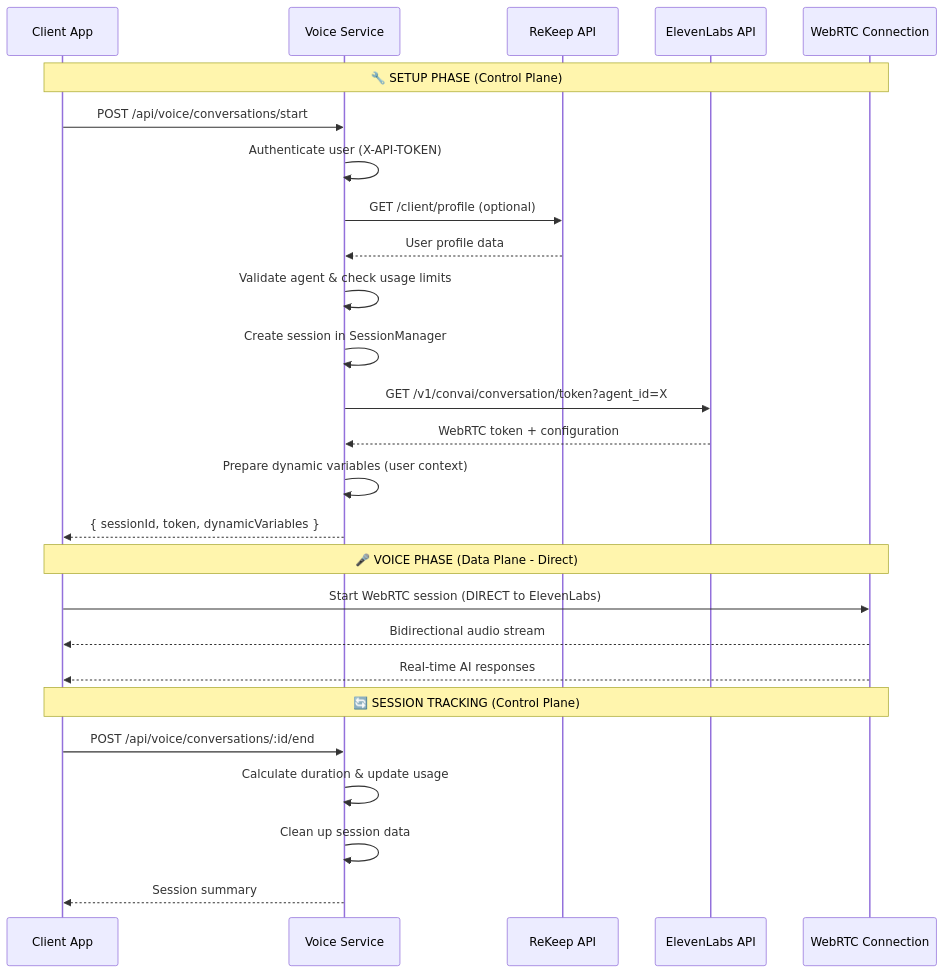
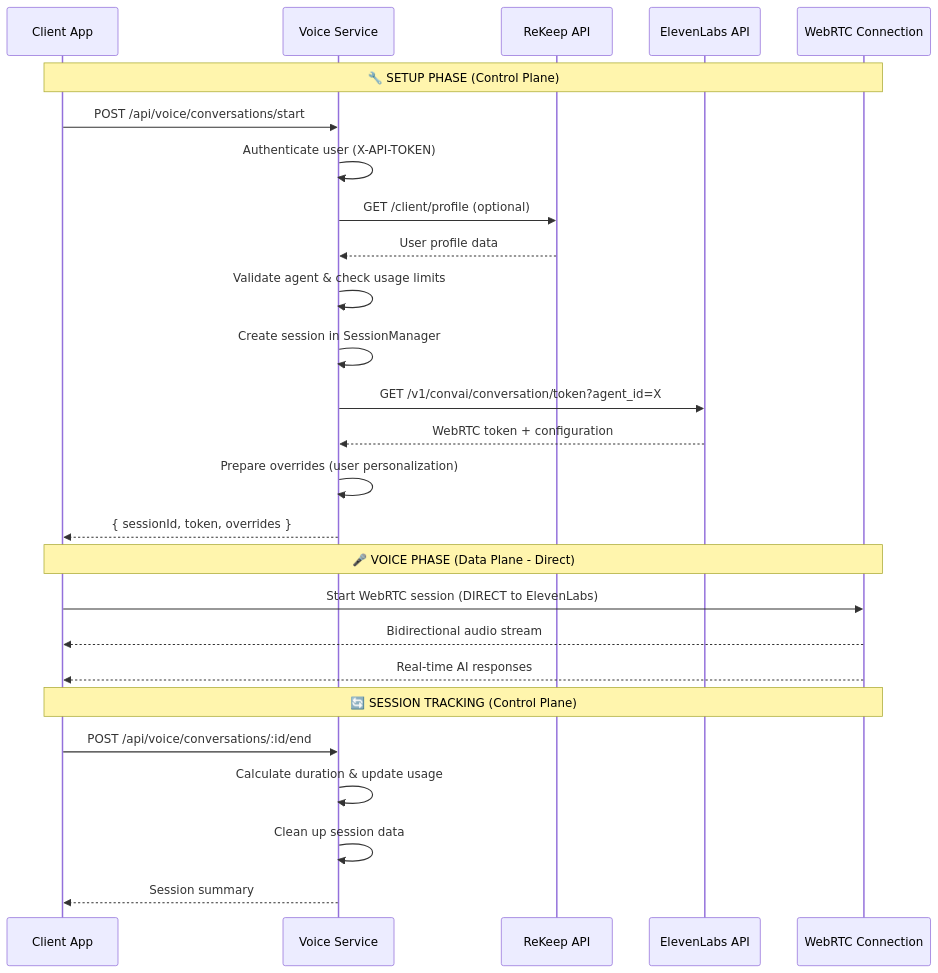
Before and after one commit to novumhouse/voice-service: the diagram in README.md, drawn with Mermaid. The commit also changed other lines of this file and 3 other files, not shown here.

````diff
--- a/README.md
+++ b/README.md
@@ -149,31 +151,31 @@
 ```mermaid
 sequenceDiagram
     participant C as Client App
     participant VS as Voice Service
     participant RA as ReKeep API
     participant EL as ElevenLabs API
     participant WR as WebRTC Connection
     
     Note over C,WR: 🔧 SETUP PHASE (Control Plane)
     C->>VS: POST /api/voice/conversations/start
     VS->>VS: Authenticate user (X-API-TOKEN)
     VS->>RA: GET /client/profile (optional)
     RA-->>VS: User profile data
     VS->>VS: Validate agent & check usage limits
     VS->>VS: Create session in SessionManager
     VS->>EL: GET /v1/convai/conversation/token?agent_id=X
     EL-->>VS: WebRTC token + configuration
-    VS->>VS: Prepare dynamic variables (user context)
-    VS-->>C: { sessionId, token, dynamicVariables }
+    VS->>VS: Prepare overrides (user personalization)
+    VS-->>C: { sessionId, token, overrides }
     
     Note over C,WR: 🎤 VOICE PHASE (Data Plane - Direct)
     C->>WR: Start WebRTC session (DIRECT to ElevenLabs)
     WR-->>C: Bidirectional audio stream
     WR-->>C: Real-time AI responses
     
     Note over C,WR: 🔄 SESSION TRACKING (Control Plane)
     C->>VS: POST /api/voice/conversations/:id/end
     VS->>VS: Calculate duration & update usage
     VS->>VS: Clean up session data
     VS-->>C: Session summary
 ```
````
